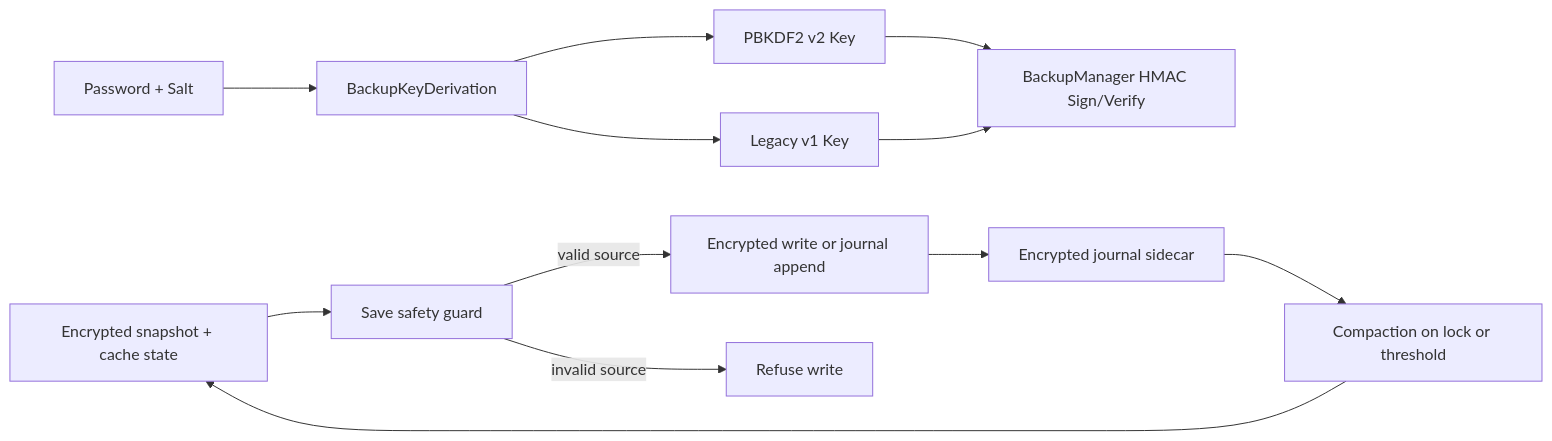
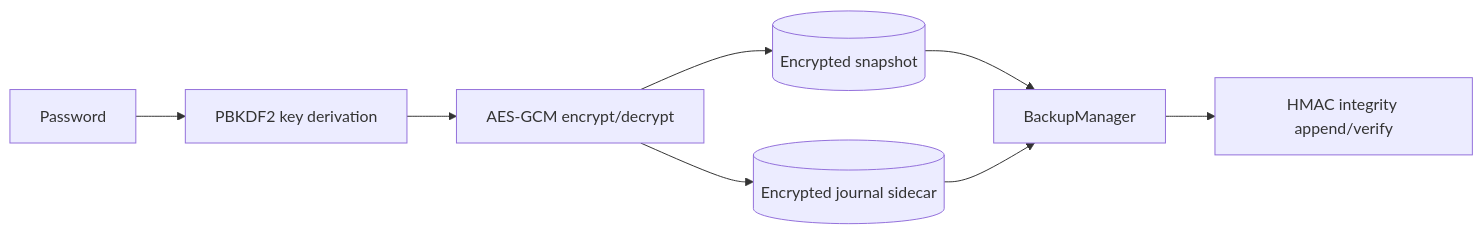
The diagram in src/encryption.md (johandersson/.LOG-hog), drawn with Mermaid before and after one commit. The commit also changed other lines of this file and 4 other files, not shown here.

Commit message:
docs: sync architecture and encryption notes with current security model

````diff
--- a/src/encryption.md
+++ b/src/encryption.md
@@ -131,14 +35,10 @@
 ```mermaid
 flowchart LR
-  P[Password + Salt] --> BK[BackupKeyDerivation]
-  BK --> V2[PBKDF2 v2 Key]
-  BK --> V1[Legacy v1 Key]
-  V2 --> BM[BackupManager HMAC Sign/Verify]
-  V1 --> BM
-  EF[Encrypted snapshot + cache state] --> SG[Save safety guard]
-  SG -->|valid source| EW[Encrypted write or journal append]
-  SG -->|invalid source| RW[Refuse write]
-  EW --> J[Encrypted journal sidecar]
-  J --> C[Compaction on lock or threshold]
-  C --> EF
+    P[Password] --> K[PBKDF2 key derivation]
+    K --> E[AES-GCM encrypt/decrypt]
+    E --> S[(Encrypted snapshot)]
+    E --> J[(Encrypted journal sidecar)]
+    S --> B[BackupManager]
+    J --> B
+    B --> H[HMAC integrity append/verify]
 ```
````
